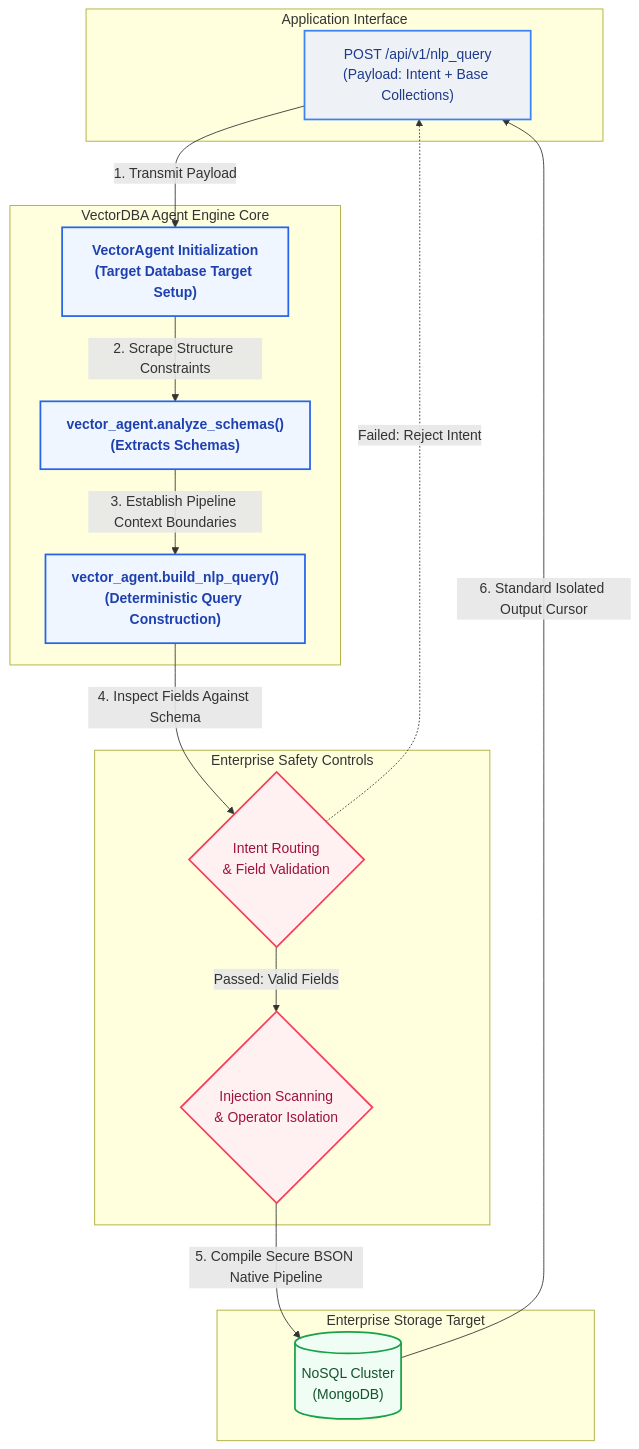
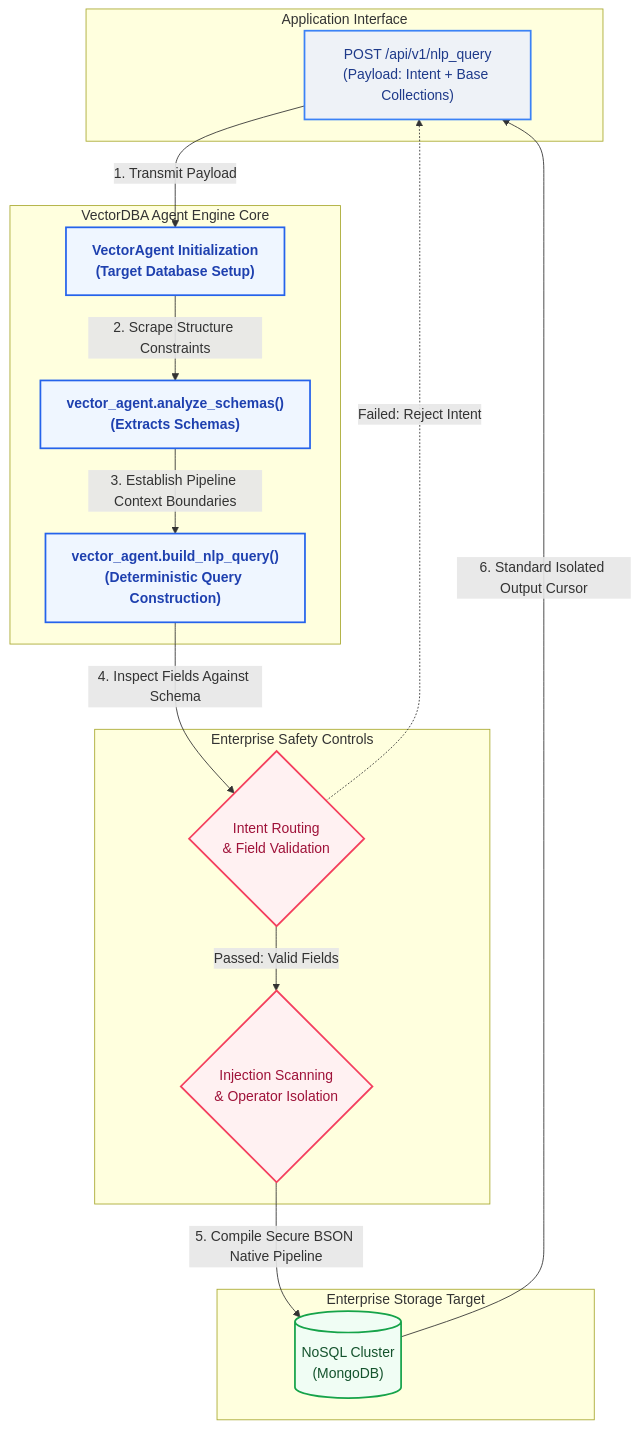
Before and after one commit to Satty27/vectordba: the diagram in README.md, drawn with Mermaid.

````diff
--- a/README.md
+++ b/README.md
@@ -110,50 +110,50 @@
 ```mermaid
 graph TD
     %% Styling and Color Palettes (Enterprise Vibe)
     classDef client fill:#eef2f7,stroke:#3b82f6,stroke-width:2px,color:#1e3a8a;
     classDef engine fill:#eff6ff,stroke:#2563eb,stroke-width:2px,color:#1e40af,font-weight:bold;
     classDef security fill:#fff1f2,stroke:#f43f5e,stroke-width:2px,color:#9f1239;
     classDef database fill:#f0fdf4,stroke:#16a34a,stroke-width:2px,color:#14532d;
     classDef structural fill:#fafafa,stroke:#71717a,stroke-width:1px,color:#27272a;
 
     %% 1. Ingestion Layer
     subgraph Client_Layer ["Application Interface"]
         API_Call["POST /api/v1/nlp_query<br>(Payload: Intent + Base Collections)"]:::client
     end
 
     %% 2. Orchestration Layer
     subgraph VectorDBA_Engine ["VectorDBA Agent Engine Core"]
-        Init["VectorAgent Initialization<br>(Target Database Target Setup)"]:::engine
+        Init["VectorAgent Initialization<br>(Target Database Setup)"]:::engine
         SchemaAnalzer["vector_agent.analyze_schemas()<br>(Extracts Schemas)"]:::engine
         Builder["vector_agent.build_nlp_query()<br>(Deterministic Query Construction)"]:::engine
     end
 
     %% 3. Security & Validation Layer
     subgraph Security_Guardrails ["Enterprise Safety Controls"]
         IntentRouter{"Intent Routing<br>& Field Validation"}:::security
         Sanitize{"Injection Scanning<br>& Operator Isolation"}:::security
     end
 
     %% 4. Data Execution Target
     subgraph Infrastructure ["Enterprise Storage Target"]
         MongoCluster[("NoSQL Cluster<br>(MongoDB)")]:::database
     end
 
     %% Data Pipeline Connections Flow
     API_Call -->|1. Transmit Payload| Init
     Init -->|2. Scrape Structure Constraints| SchemaAnalzer
     SchemaAnalzer -->|3. Establish Pipeline Context Boundaries| Builder
     
     
     Builder -->|4. Inspect Fields Against Schema| IntentRouter
     IntentRouter -->|Passed: Valid Fields| Sanitize
     IntentRouter -.->|Failed: Reject Intent| API_Call
     
     Sanitize -->|5. Compile Secure BSON Native Pipeline| MongoCluster
     
     MongoCluster -->|6. Standard Isolated Output Cursor| API_Call
 
     %% Apply Styles to classes
     class Builder,SchemaAnalzer,Init engine;
   
 ```
````
